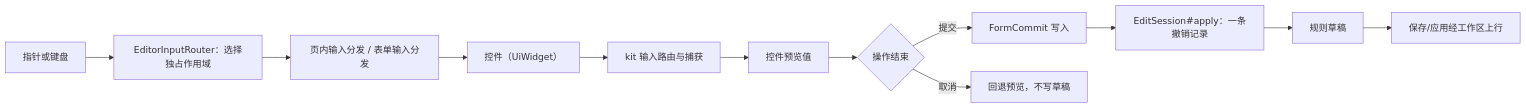
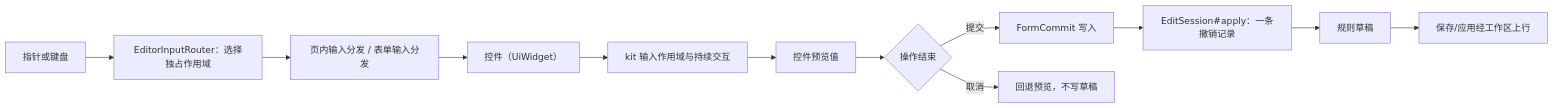
Before and after one commit to meteoritel/item-despawn-to-what: the third of 3 diagrams in docs/modules/client-ui.md, drawn with Mermaid. The commit also changed other lines of this file and 4 other files, not shown here.

````diff
--- a/docs/modules/client-ui.md
+++ b/docs/modules/client-ui.md
@@ -154,14 +154,14 @@
 ```mermaid
 flowchart LR
     A["指针或键盘"] --> S["EditorInputRouter：选择独占作用域"]
     S --> B["页内输入分发 / 表单输入分发"]
     B --> C["控件（UiWidget）"]
-    C --> D["kit 输入路由与捕获"]
+    C --> D["kit 输入作用域与持续交互"]
     D --> E["控件预览值"]
     E --> F{"操作结束"}
     F -->|提交| G["FormCommit 写入"]
     F -->|取消| H["回退预览，不写草稿"]
     G --> I["EditSession#apply：一条撤销记录"]
     I --> J["规则草稿"]
     J --> K["保存/应用经工作区上行"]
 ```
````
